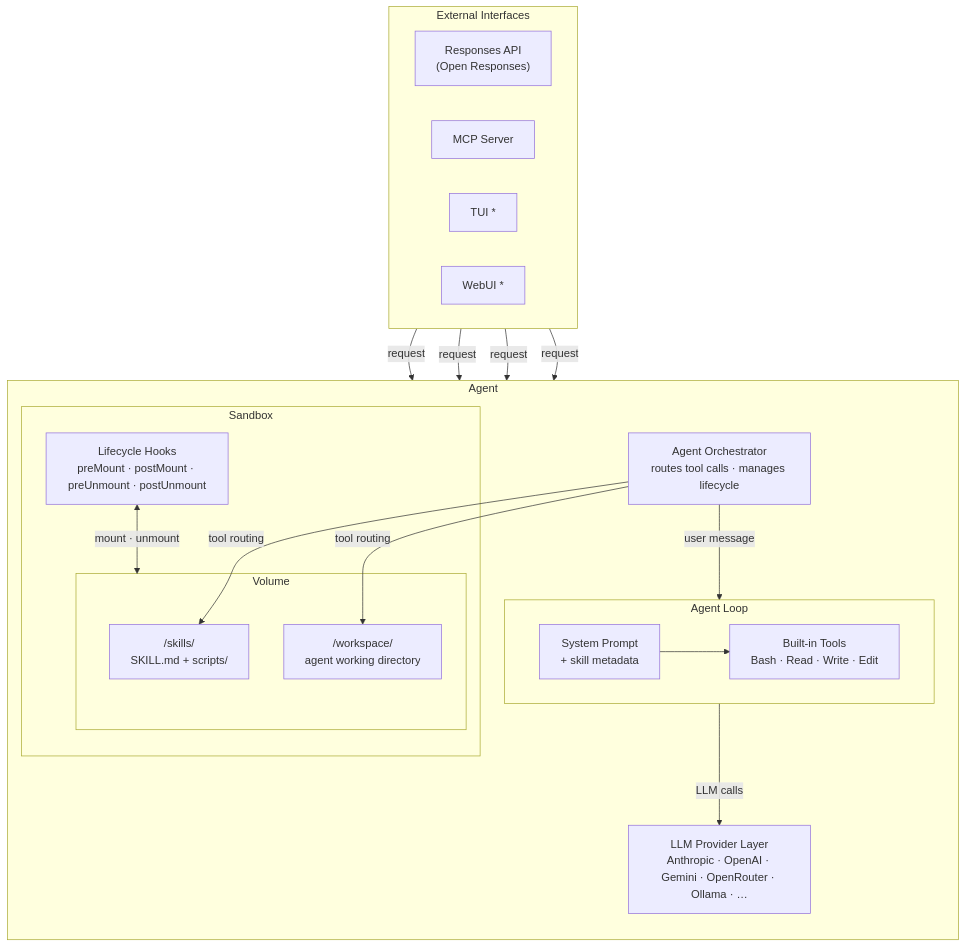
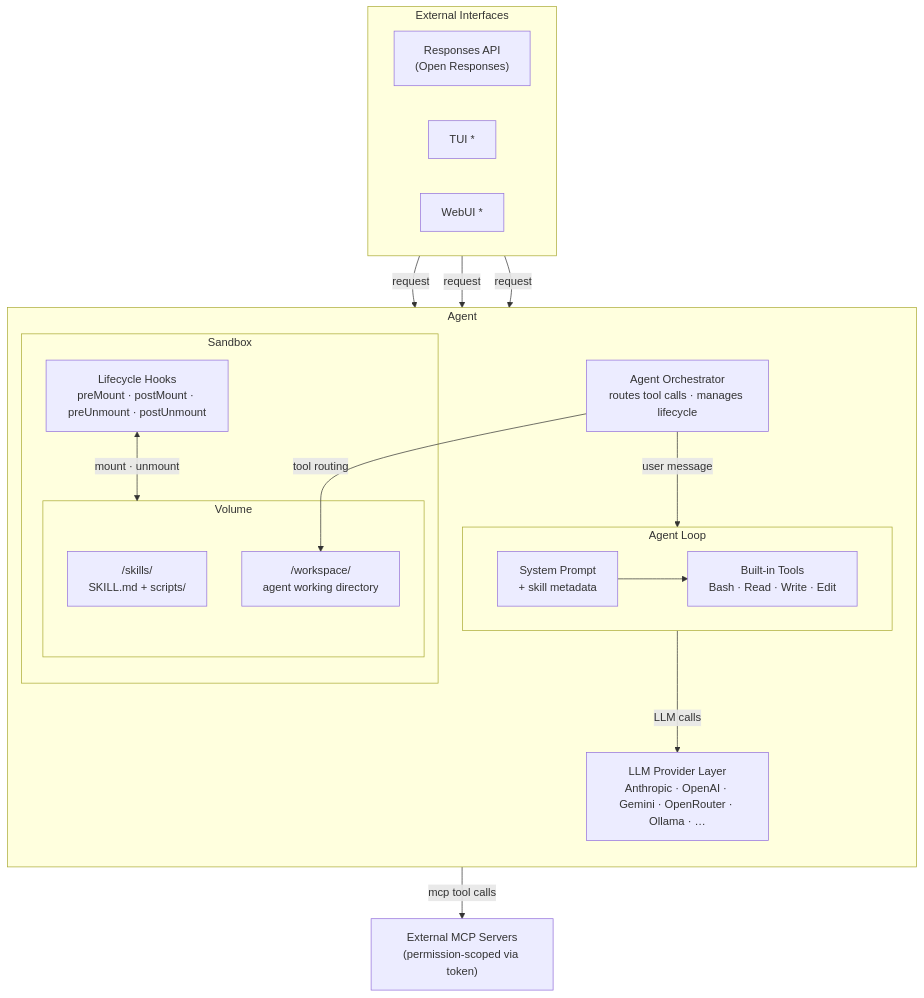
Before and after one commit to yujiachen-y/agent-bundle: the diagram in docs/proposal.md, drawn with Mermaid. The commit also changed other lines of this file and 1 other file, not shown here.

````diff
--- a/docs/proposal.md
+++ b/docs/proposal.md
@@ -91,38 +89,39 @@
 ```mermaid
 graph TD
     subgraph External Interfaces
         direction LR
         HTTP["Responses API\n(Open Responses)"]
-        MCP["MCP Server"]
         TUI["TUI *"]
         WebUI["WebUI *"]
     end
 
     subgraph Agent
         direction TB
         ORCH["Agent Orchestrator\nroutes tool calls · manages lifecycle"]
 
         subgraph Agent Loop
             direction LR
             PROMPT["System Prompt\n+ skill metadata"]
             TOOLS["Built-in Tools\nBash · Read · Write · Edit"]
         end
         LLM["LLM Provider Layer\nAnthropic · OpenAI · Gemini · OpenRouter · Ollama · …"]
 
         subgraph Sandbox
             subgraph Volume
                 SKILLS["/skills/\nSKILL.md + scripts/"]
                 WORKSPACE["/workspace/\nagent working directory"]
             end
             HOOKS["Lifecycle Hooks\npreMount · postMount · preUnmount · postUnmount"]
         end
     end
 
-    HTTP & MCP & TUI & WebUI -->|request| ORCH
+    EXT_MCP["External MCP Servers\n(permission-scoped via token)"]
+
+    HTTP & TUI & WebUI -->|request| ORCH
     ORCH -->|user message| PROMPT
     PROMPT --> TOOLS
     TOOLS -->|LLM calls| LLM
-    ORCH -->|tool routing| SKILLS
     ORCH -->|tool routing| WORKSPACE
+    ORCH -->|mcp tool calls| EXT_MCP
     HOOKS <-->|mount · unmount| Volume
 ```
````
